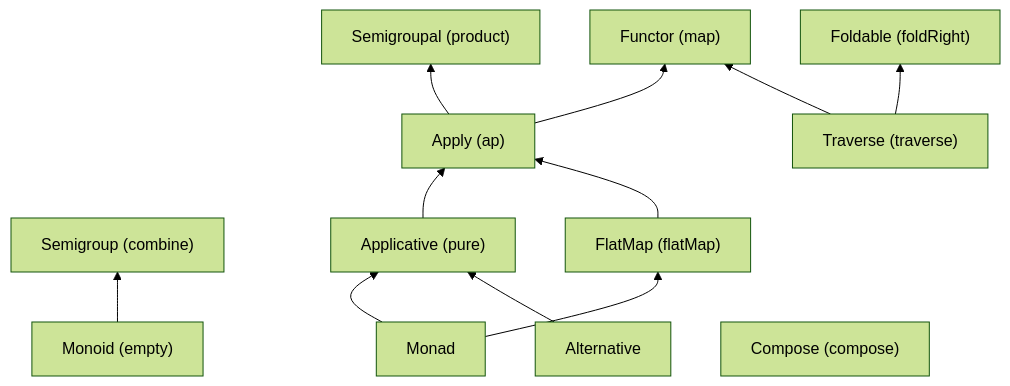
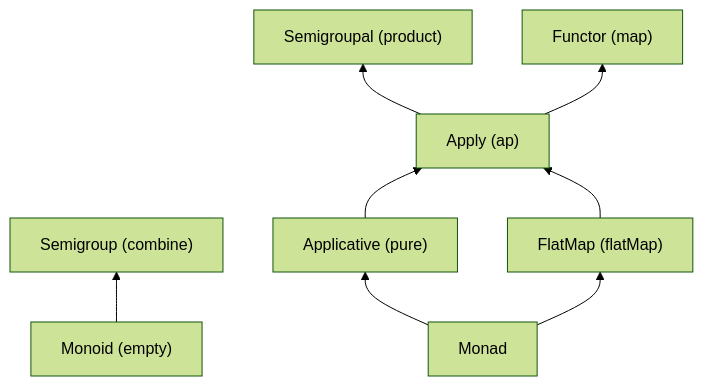
One commit to lamdalib/kuram changed the diagram in README.md. Above: the diagram before and after it, drawn with Mermaid (forest theme). The commit also changed other lines of this file and 109 other files, not shown here.

````diff
--- a/README.md
+++ b/README.md
@@ -135,36 +70,25 @@
 ```mermaid
 flowchart BT
     %% Typeclasses
         Semigroup["Semigroup (combine)"]
         Monoid["Monoid (empty)"]
 
         Monad["Monad"]
 
-        Alternative["Alternative"]
-
         Applicative["Applicative (pure)"]
         FlatMap["FlatMap (flatMap)"]
 
         Apply["Apply (ap)"]
 
         Semigroupal["Semigroupal (product)"]
         Functor["Functor (map)"]
-
-        Compose["Compose (compose)"]
-        Foldable["Foldable (foldRight)"]
-        Traverse["Traverse (traverse)"]
     %% %
 
 
 
     %% Relations
         Monoid --> Semigroup
 
         Monad --> Applicative & FlatMap --> Apply --> Semigroupal & Functor
-        Alternative --> Applicative
-
-        Traverse --> Foldable & Functor
-
-        Compose
     %% %
 ```
````
